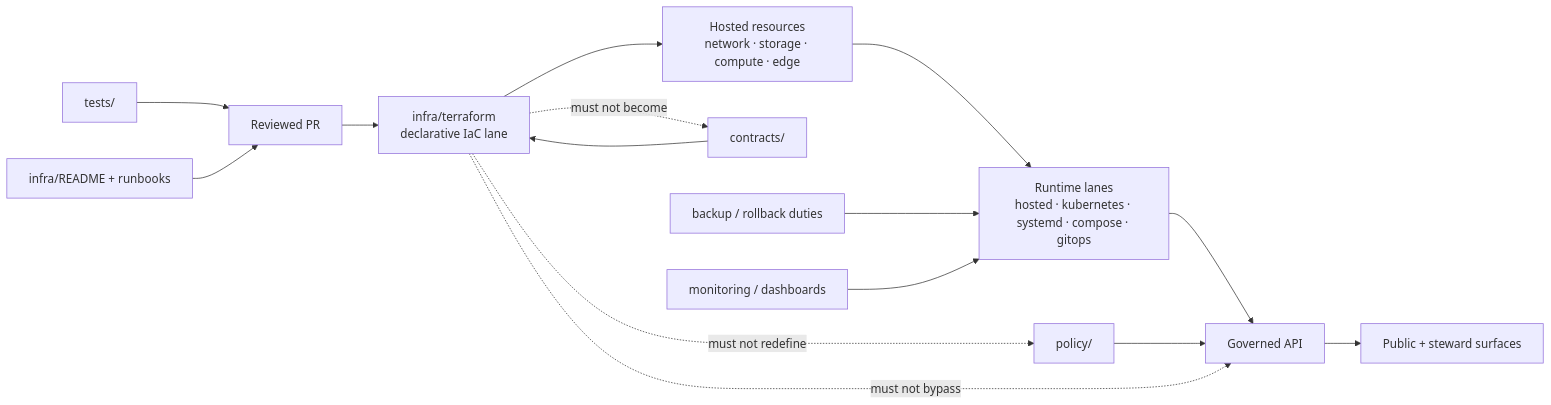
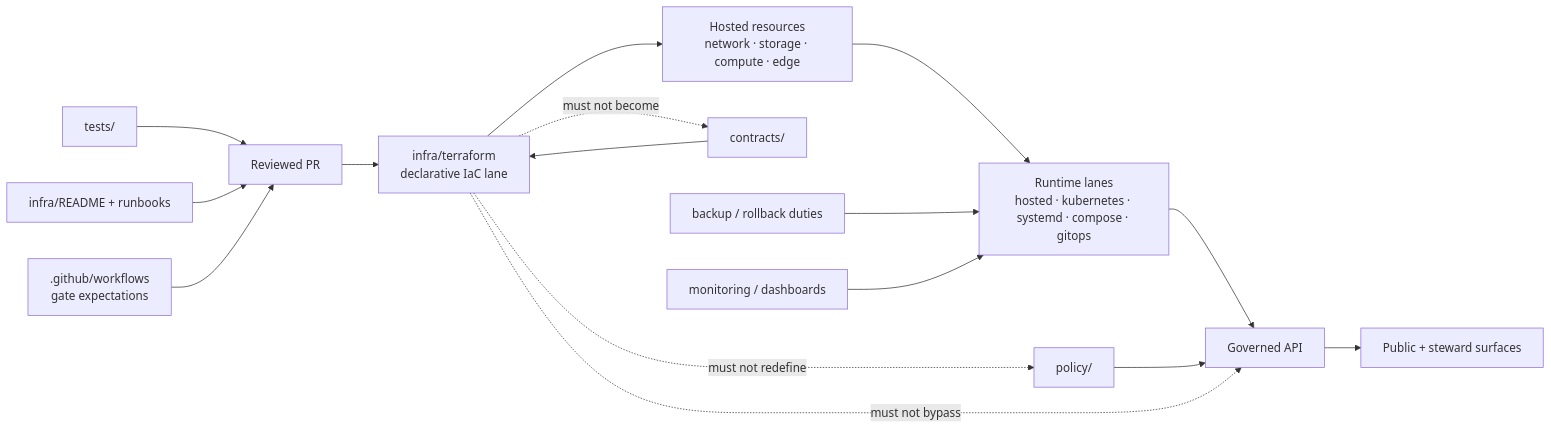
One commit to bartytime4life/Kansas-Frontier-Matrix changed the diagram in infra/terraform/README.md. Above: the diagram before and after it, drawn with Mermaid. The commit also changed other lines of this file, not shown here.

````diff
--- a/infra/terraform/README.md
+++ b/infra/terraform/README.md
@@ -287,19 +299,20 @@
 ```mermaid
 flowchart LR
     PR[Reviewed PR] --> TF[infra/terraform<br/>declarative IaC lane]
     TF --> HOSTED[Hosted resources<br/>network · storage · compute · edge]
     HOSTED --> RUNTIME[Runtime lanes<br/>hosted · kubernetes · systemd · compose · gitops]
     RUNTIME --> API[Governed API]
     API --> SURFACES[Public + steward surfaces]
 
     CONTRACTS[contracts/] --> TF
     POLICY[policy/] --> API
     TESTS[tests/] --> PR
     DOCS[infra/README + runbooks] --> PR
+    GATES[.github/workflows<br/>gate expectations] --> PR
     BACKUP[backup / rollback duties] --> RUNTIME
     OBS[monitoring / dashboards] --> RUNTIME
 
     TF -. must not bypass .-> API
     TF -. must not redefine .-> POLICY
     TF -. must not become .-> CONTRACTS
 ```
````
